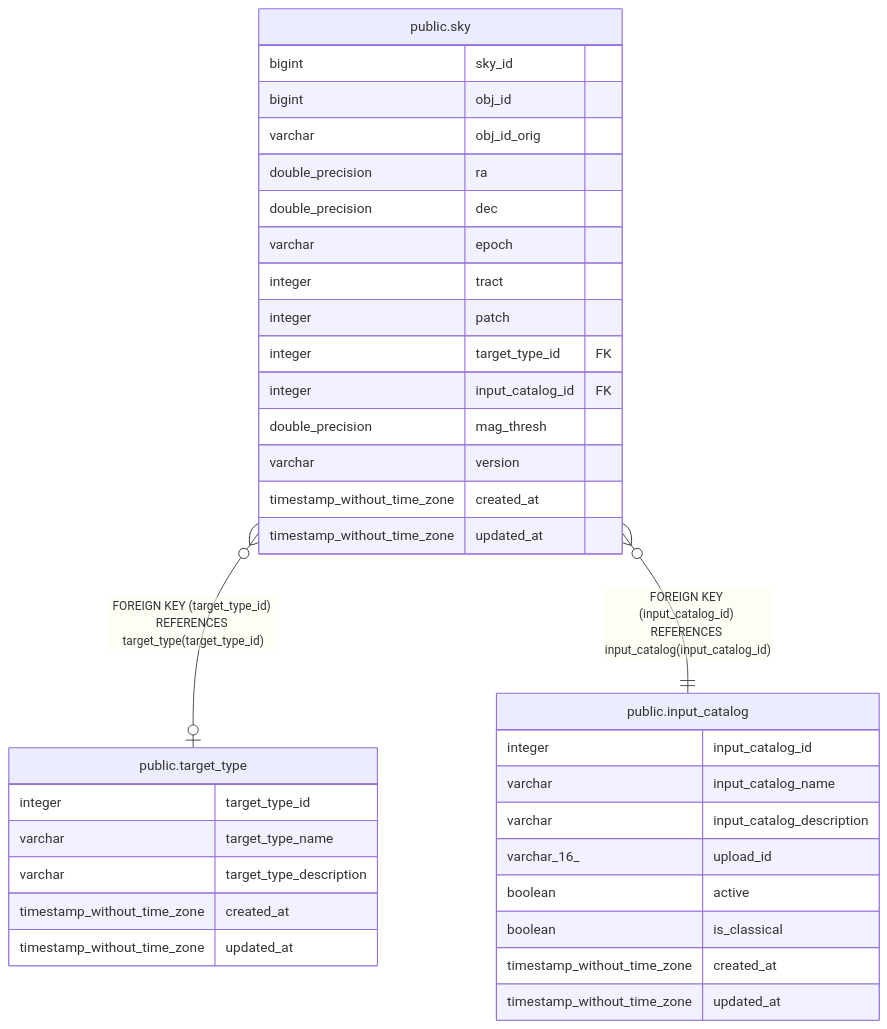
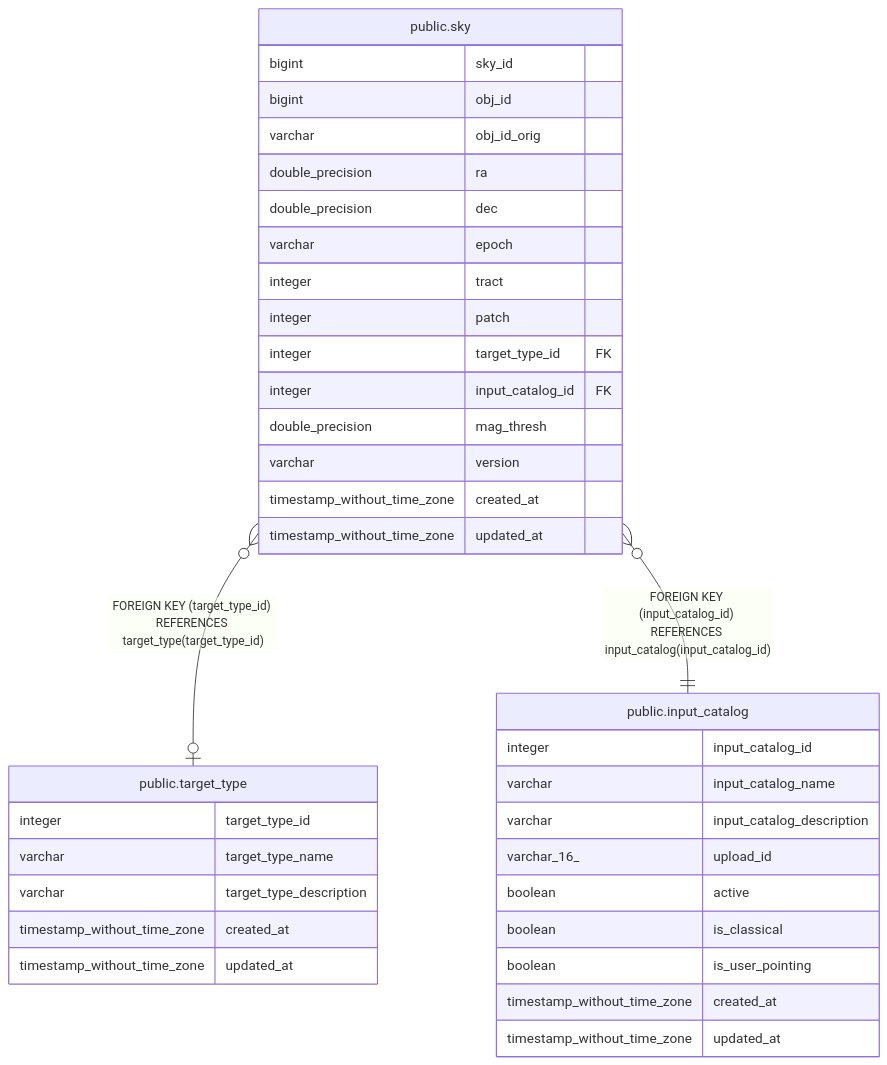
Before and after one commit to Subaru-PFS/ets_target_database: the diagram in docs/tbls/public.sky.md, drawn with Mermaid. The commit also changed 8 other files, not shown here.

````diff
--- a/docs/tbls/public.sky.md
+++ b/docs/tbls/public.sky.md
@@ -45,40 +45,41 @@
 ```mermaid
 erDiagram
 
 "public.sky" }o--o| "public.target_type" : "FOREIGN KEY (target_type_id) REFERENCES target_type(target_type_id)"
 "public.sky" }o--|| "public.input_catalog" : "FOREIGN KEY (input_catalog_id) REFERENCES input_catalog(input_catalog_id)"
 
 "public.sky" {
   bigint sky_id
   bigint obj_id
   varchar obj_id_orig
   double_precision ra
   double_precision dec
   varchar epoch
   integer tract
   integer patch
   integer target_type_id FK
   integer input_catalog_id FK
   double_precision mag_thresh
   varchar version
   timestamp_without_time_zone created_at
   timestamp_without_time_zone updated_at
 }
 "public.target_type" {
   integer target_type_id
   varchar target_type_name
   varchar target_type_description
   timestamp_without_time_zone created_at
   timestamp_without_time_zone updated_at
 }
 "public.input_catalog" {
   integer input_catalog_id
   varchar input_catalog_name
   varchar input_catalog_description
   varchar_16_ upload_id
   boolean active
   boolean is_classical
+  boolean is_user_pointing
   timestamp_without_time_zone created_at
   timestamp_without_time_zone updated_at
 }
 ```
````
